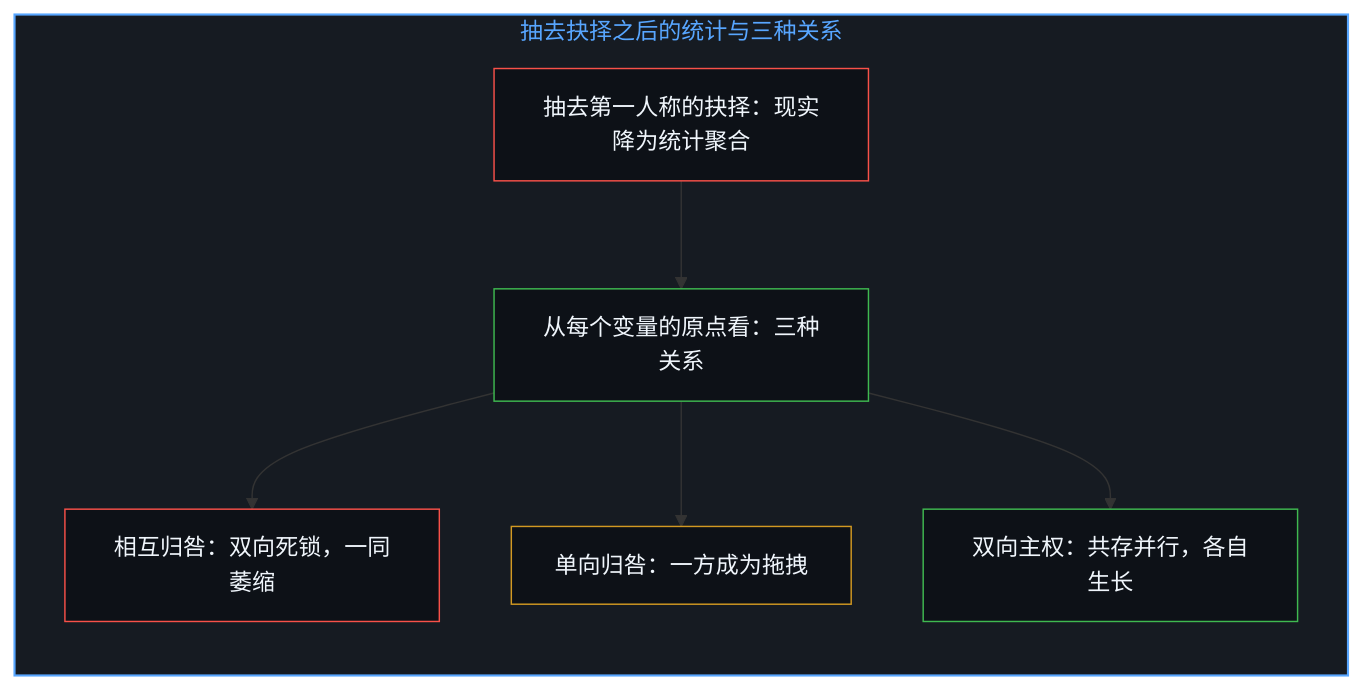
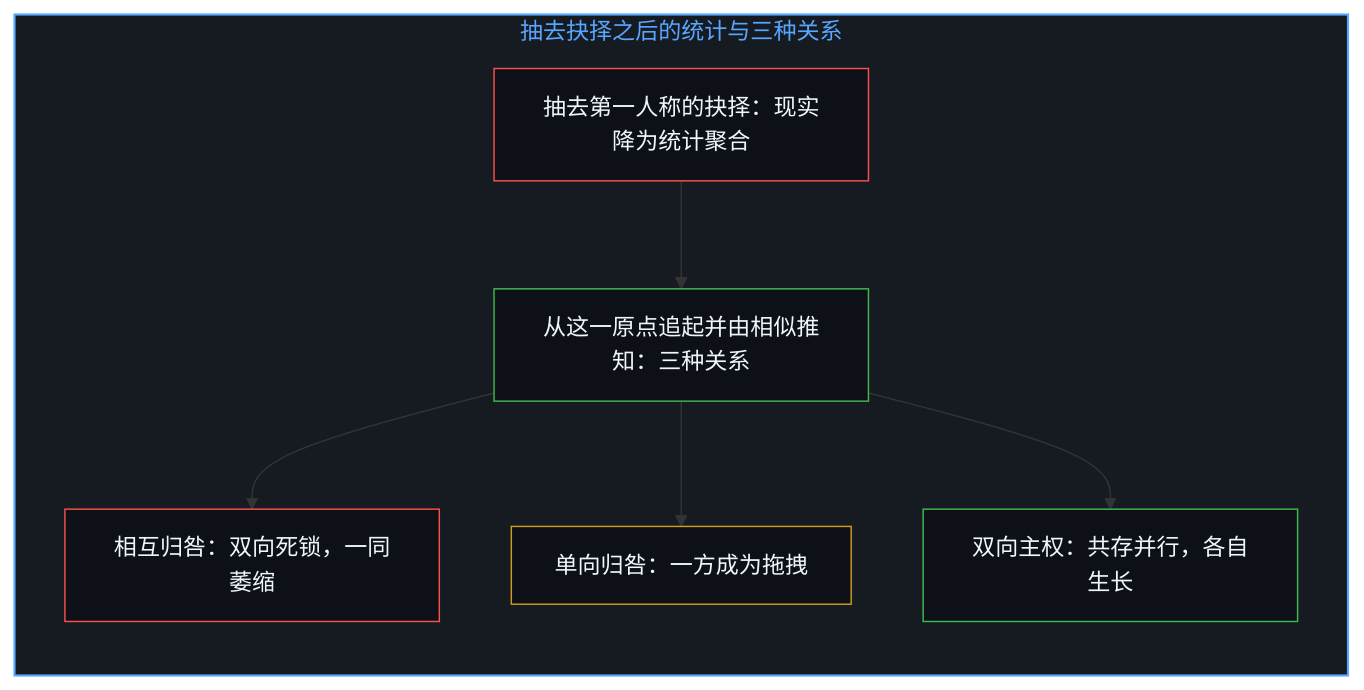
One commit to powerpig99/not-a-toe changed the seventh of 18 diagrams in content/posts/the-geometry-of-coexistence-and-the-dual-cut.md. Above: the diagram before and after it, drawn with Mermaid. The commit also changed other lines of this file and 5 other files, not shown here.

````diff
--- a/content/posts/the-geometry-of-coexistence-and-the-dual-cut.md
+++ b/content/posts/the-geometry-of-coexistence-and-the-dual-cut.md
@@ -171,22 +165,21 @@
 ```mermaid
 flowchart TD
     subgraph S_Modes["抽去抉择之后的统计与三种关系"]
         direction TB
         Agg["抽去第一人称的抉择：现实降为统计聚合"]
-        Inside["从每个变量的原点看：三种关系"]
+        Inside["从这一原点追起并由相似推知：三种关系"]
         ModeOne["相互归咎：双向死锁，一同萎缩"]
         ModeTwo["单向归咎：一方成为拖拽"]
         ModeThree["双向主权：共存并行，各自生长"]
         Agg --> Inside
         Inside --> ModeOne
         Inside --> ModeTwo
         Inside --> ModeThree
     end
-
     style S_Modes fill:#161b22,stroke:#58a6ff,stroke-width:1.5px,color:#58a6ff
     style Agg fill:#0d1117,stroke:#f85149,stroke-width:1px,color:#f0f6fc
     style Inside fill:#0d1117,stroke:#3fb950,stroke-width:1px,color:#f0f6fc
     style ModeOne fill:#0d1117,stroke:#f85149,stroke-width:1px,color:#f0f6fc
     style ModeTwo fill:#0d1117,stroke:#d29922,stroke-width:1px,color:#f0f6fc
     style ModeThree fill:#0d1117,stroke:#3fb950,stroke-width:1px,color:#f0f6fc
 ```
````
